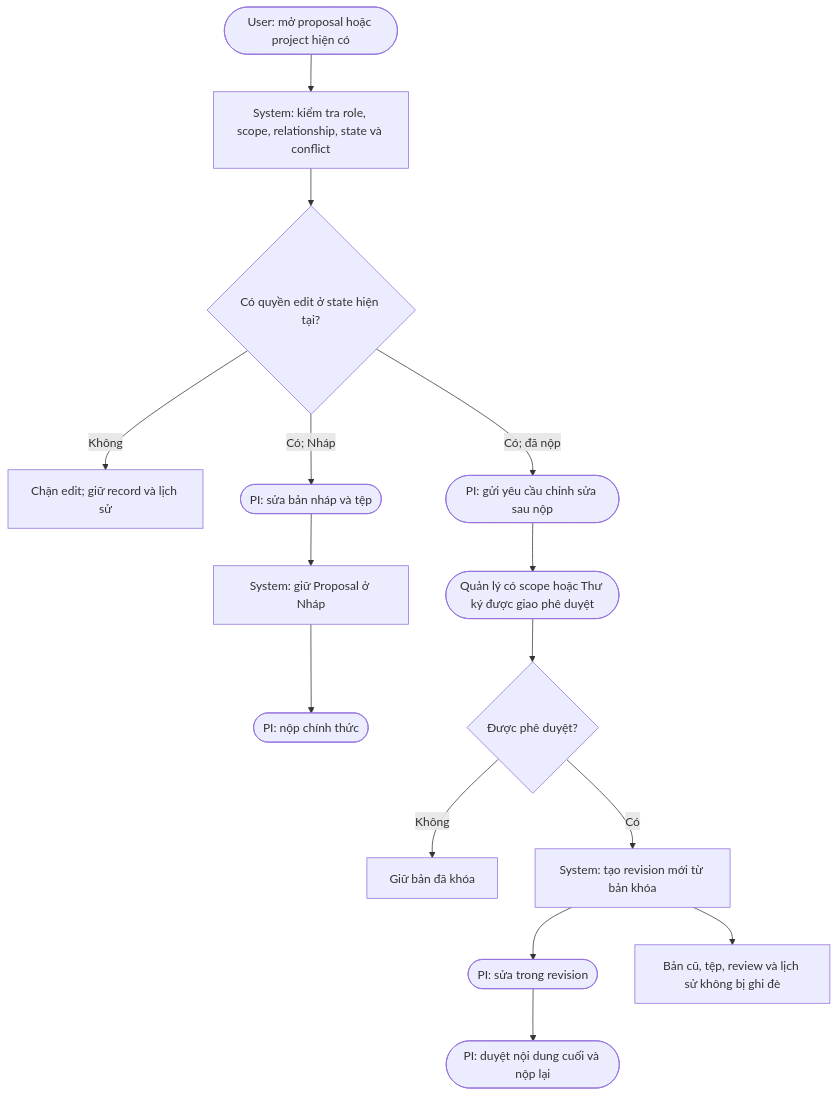
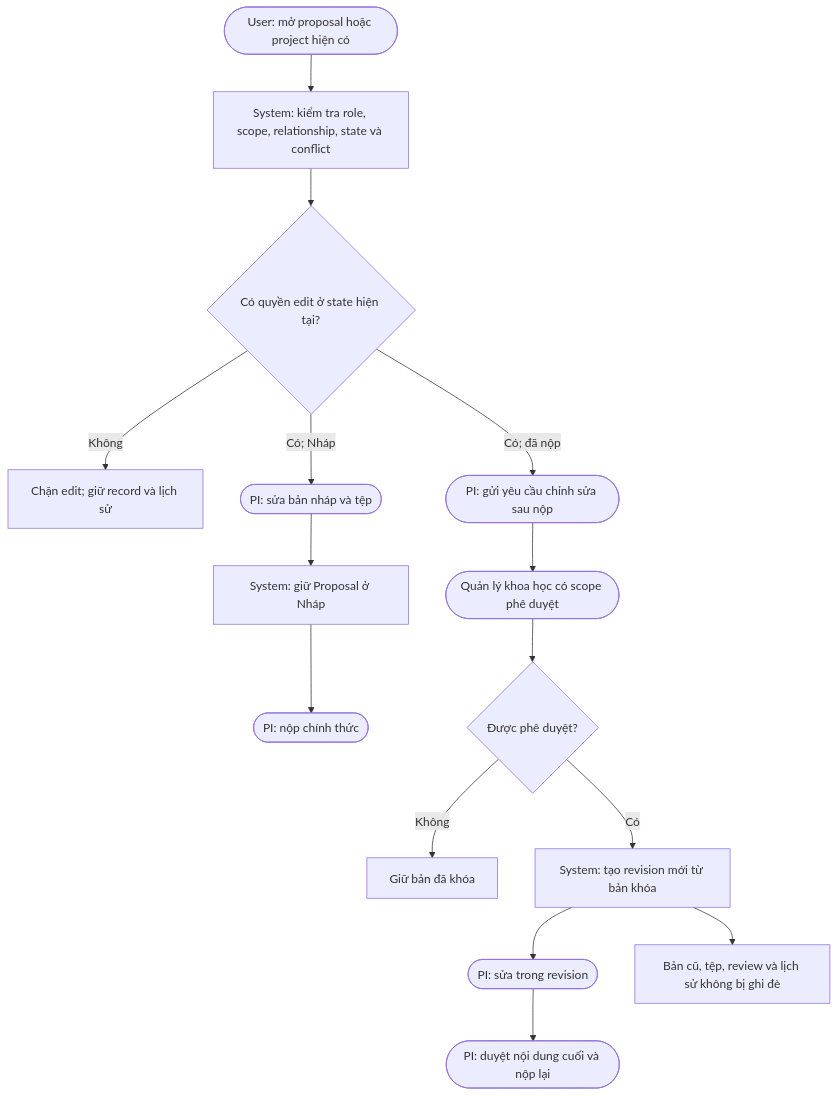
The diagram in docs/diagrams/document-editing.md (thanhdotien278/DocManS), drawn with Mermaid before and after one commit. The commit also changed 66 other files, not shown here.

````diff
--- a/docs/diagrams/document-editing.md
+++ b/docs/diagrams/document-editing.md
@@ -3,26 +3,26 @@
 ```mermaid
 flowchart TD
   open(["User: mở proposal hoặc project hiện có"])
   edit_check["System: kiểm tra role, scope, relationship, state và conflict"]
   allowed{"Có quyền edit ở state hiện tại?"}
   blocked["Chặn edit; giữ record và lịch sử"]
   draft_edit(["PI: sửa bản nháp và tệp"])
   save["System: giữ Proposal ở Nháp"]
   submit(["PI: nộp chính thức"])
   request(["PI: gửi yêu cầu chỉnh sửa sau nộp"])
-  approve(["Quản lý có scope hoặc Thư ký được giao phê duyệt"])
+  approve(["Quản lý khoa học có scope phê duyệt"])
   approved{"Được phê duyệt?"}
   keep["Giữ bản đã khóa"]
   revision["System: tạo revision mới từ bản khóa"]
   revise(["PI: sửa trong revision"])
   final_submit(["PI: duyệt nội dung cuối và nộp lại"])
   immutable["Bản cũ, tệp, review và lịch sử không bị ghi đè"]
 
   open --> edit_check --> allowed
   allowed -- "Không" --> blocked
   allowed -- "Có; Nháp" --> draft_edit --> save --> submit
   allowed -- "Có; đã nộp" --> request --> approve --> approved
   approved -- "Không" --> keep
   approved -- "Có" --> revision --> revise --> final_submit
   revision --> immutable
 ```
````
